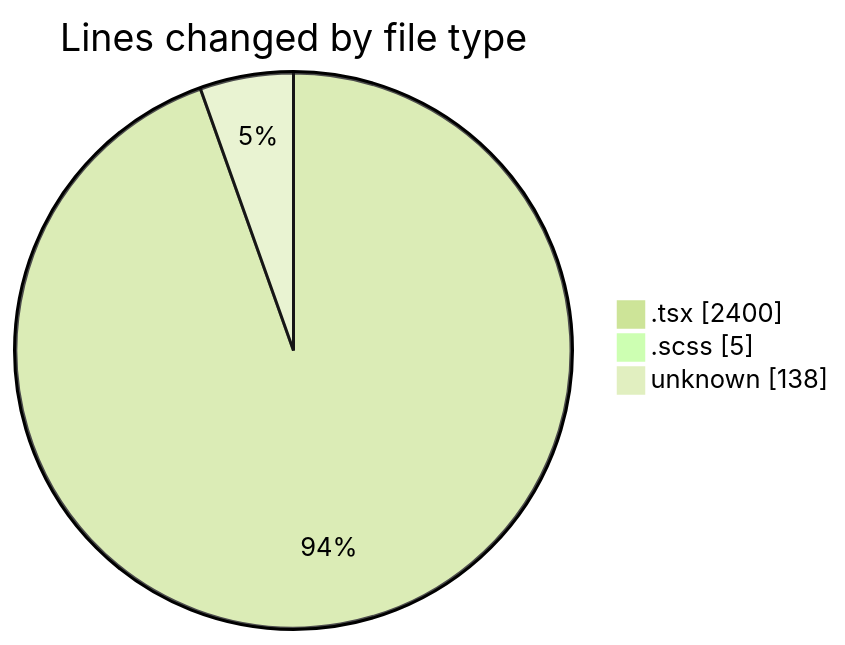
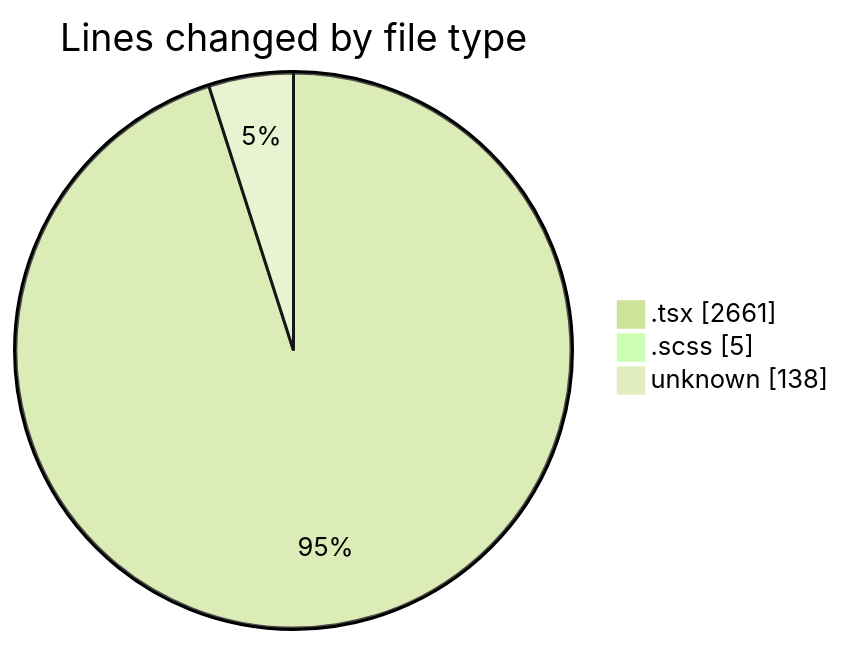
One commit to momahboobian/code-tracking changed the first of 2 diagrams in 2026-10-13/cda/README.md. Above: the diagram before and after it, drawn with Mermaid (forest theme). The commit also changed other lines of this file and 1 other file, not shown here.

````diff
--- a/2026-10-13/cda/README.md
+++ b/2026-10-13/cda/README.md
@@ -35,7 +35,7 @@
 ```mermaid
 pie showData
 title Lines changed by file type
-".tsx" : 2400
+".tsx" : 2661
 ".scss" : 5
 "unknown" : 138
 ```
````
